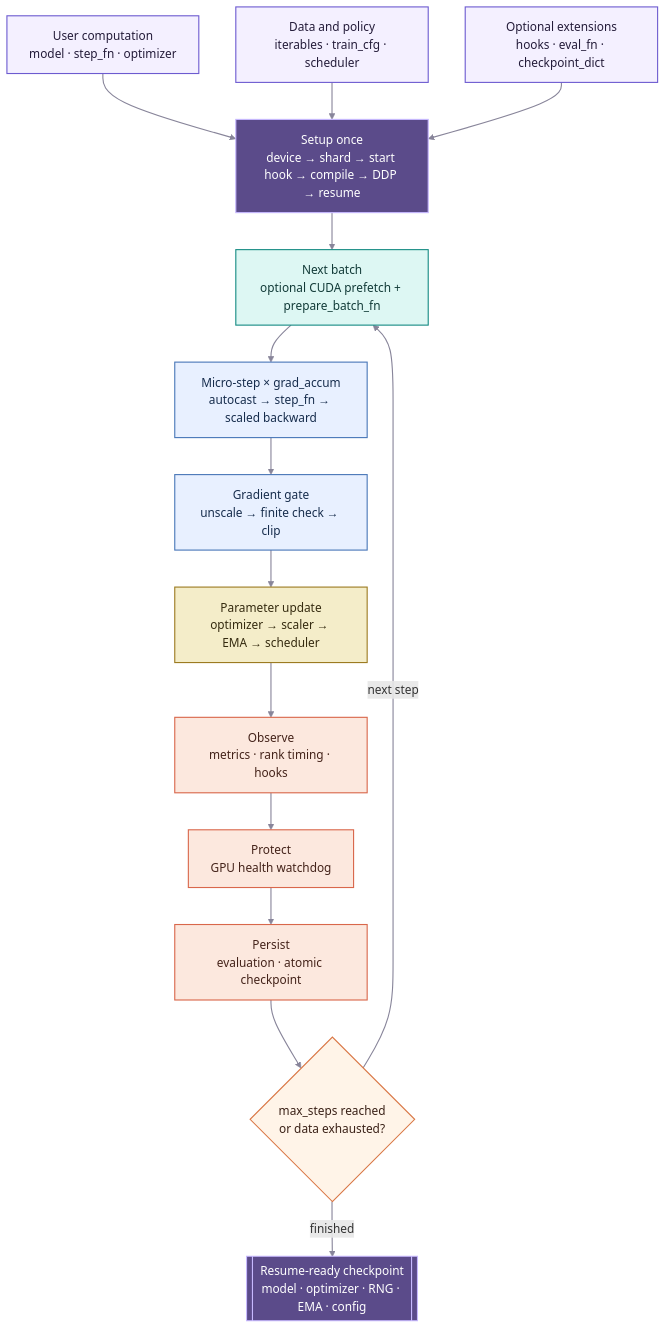
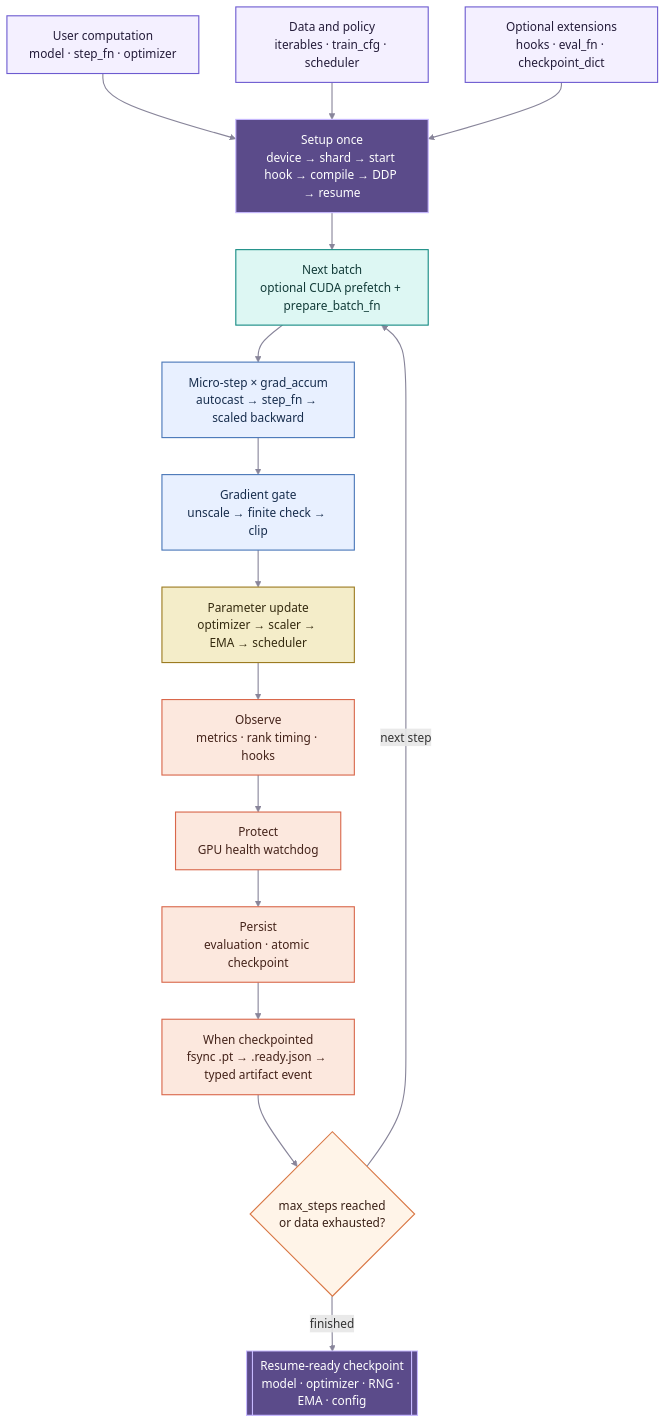
The second of 2 diagrams in README.md (jamaliki/koochak), drawn with Mermaid before and after one commit. The commit also changed other lines of this file, not shown here.

Commit message:
Show checkpoint publication in architecture

````diff
--- a/README.md
+++ b/README.md
@@ -90,58 +90,60 @@
 ```mermaid
 flowchart TB
     user["User computation
 model · step_fn · optimizer"]
     data["Data and policy
 iterables · train_cfg · scheduler"]
     extensions["Optional extensions
 hooks · eval_fn · checkpoint_dict"]
 
     setup["Setup once
 device → shard → start hook → compile → DDP → resume"]
     batch["Next batch
 optional CUDA prefetch + prepare_batch_fn"]
     micro["Micro-step × grad_accum
 autocast → step_fn → scaled backward"]
     gradients["Gradient gate
 unscale → finite check → clip"]
     update["Parameter update
 optimizer → scaler → EMA → scheduler"]
 
     hooks["Observe
 metrics · rank timing · hooks"]
     health["Protect
 GPU health watchdog"]
     periodic["Persist
 evaluation · atomic checkpoint"]
+    publication["When checkpointed
+fsync .pt → .ready.json → typed artifact event"]
     done{"max_steps reached
 or data exhausted?"}
     result[["Resume-ready checkpoint
 model · optimizer · RNG · EMA · config"]]
 
     user --> setup
     data --> setup
     extensions --> setup
     setup --> batch --> micro --> gradients --> update
-    update --> hooks --> health --> periodic --> done
+    update --> hooks --> health --> periodic --> publication --> done
     done -->|next step| batch
     done -->|finished| result
 
     classDef input fill:#F4F0FF,stroke:#6D5BD0,color:#241C3A,stroke-width:1.5px;
     classDef setupNode fill:#5B4B8A,stroke:#C7B9FF,color:#FFFFFF,stroke-width:1.5px;
     classDef dataNode fill:#DDF7F3,stroke:#168B83,color:#123B38,stroke-width:1.5px;
     classDef compute fill:#E8F0FF,stroke:#4977B8,color:#172D4D,stroke-width:1.5px;
     classDef updateNode fill:#F4EDC9,stroke:#9C7B21,color:#352B10,stroke-width:1.5px;
     classDef boundary fill:#FCE8DE,stroke:#D9674B,color:#44231A,stroke-width:1.5px;
     classDef choice fill:#FFF4E8,stroke:#D97745,color:#3A2117,stroke-width:1.5px;
     classDef resultNode fill:#5B4B8A,stroke:#C7B9FF,color:#FFFFFF,stroke-width:1.5px;
 
     class user,data,extensions input;
     class setup setupNode;
     class batch dataNode;
     class micro,gradients compute;
     class update updateNode;
-    class hooks,health,periodic boundary;
+    class hooks,health,periodic,publication boundary;
     class done choice;
     class result resultNode;
     linkStyle default stroke:#88859A,stroke-width:1.5px;
 ```
````
